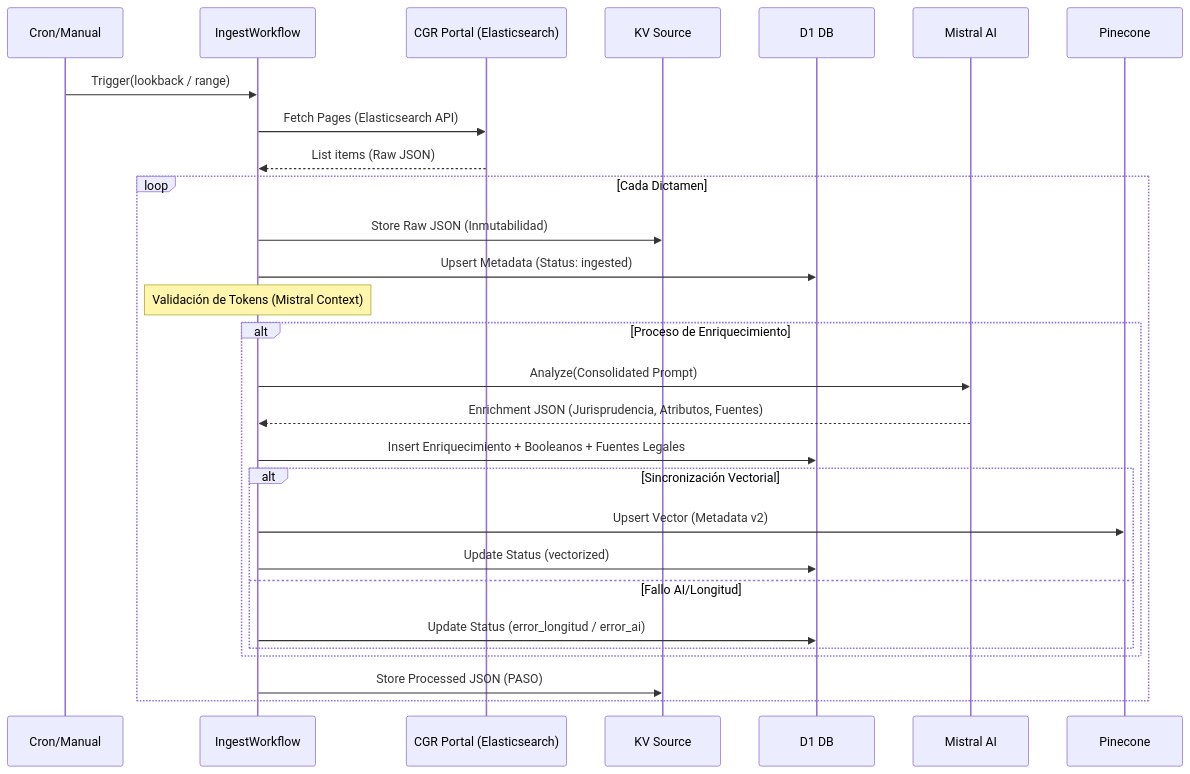
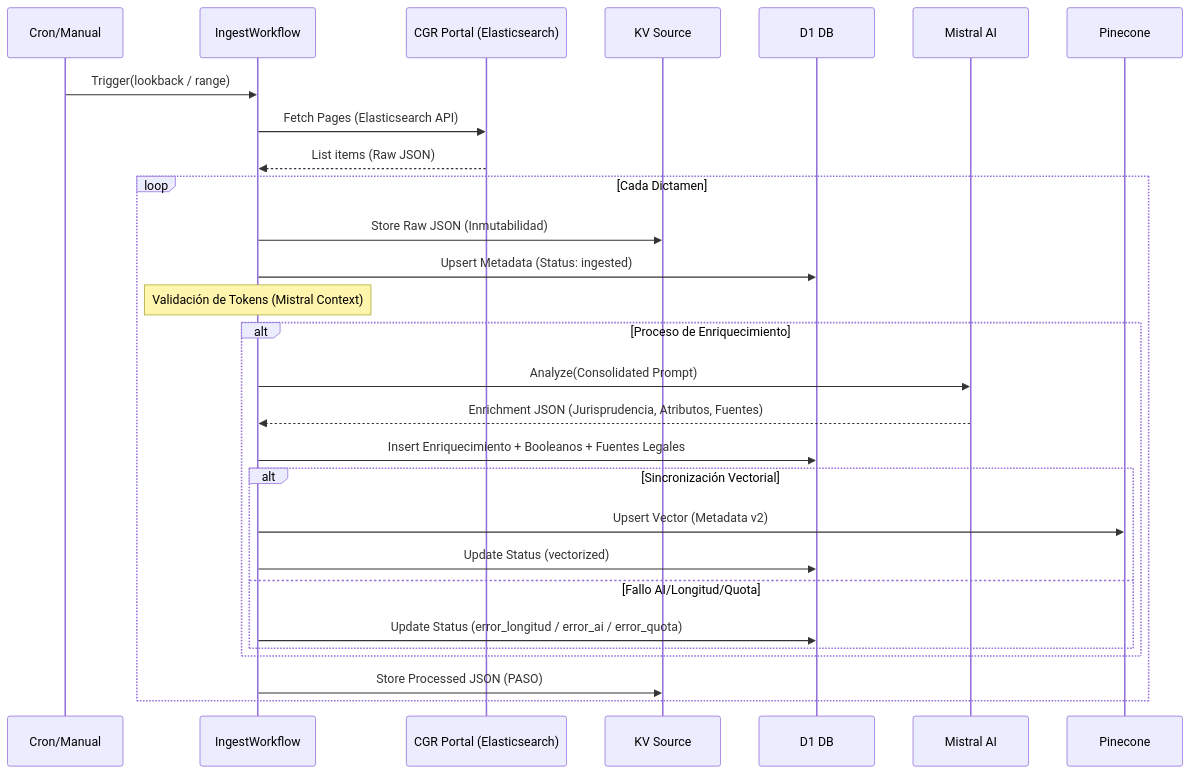
One commit to fermaf/cgr changed the second of 2 diagrams in docs/explicacion/01_arquitectura_c4_y_flujos.md. Above: the diagram before and after it, drawn with Mermaid. The commit also changed 7 other files, not shown here.

````diff
--- a/docs/explicacion/01_arquitectura_c4_y_flujos.md
+++ b/docs/explicacion/01_arquitectura_c4_y_flujos.md
@@ -58,34 +58,34 @@
 ```mermaid
 sequenceDiagram
     participant C as Cron/Manual
     participant W as IngestWorkflow
     participant R as CGR Portal (Elasticsearch)
     participant KV as KV Source
     participant D as D1 DB
     participant M as Mistral AI
     participant P as Pinecone
 
     C->>W: Trigger(lookback / range)
     W->>R: Fetch Pages (Elasticsearch API)
     R-->>W: List items (Raw JSON)
     loop Cada Dictamen
         W->>KV: Store Raw JSON (Inmutabilidad)
         W->>D: Upsert Metadata (Status: ingested)
         
         Note over W: Validación de Tokens (Mistral Context)
         
         alt Proceso de Enriquecimiento
             W->>M: Analyze(Consolidated Prompt)
             M-->>W: Enrichment JSON (Jurisprudencia, Atributos, Fuentes)
             W->>D: Insert Enriquecimiento + Booleanos + Fuentes Legales
             
             alt Sincronización Vectorial
                 W->>P: Upsert Vector (Metadata v2)
                 W->>D: Update Status (vectorized)
-            else Fallo AI/Longitud
-                W->>D: Update Status (error_longitud / error_ai)
+            else Fallo AI/Longitud/Quota
+                W->>D: Update Status (error_longitud / error_ai / error_quota)
             end
         end
         W->>KV: Store Processed JSON (PASO)
     end
 ```
````
